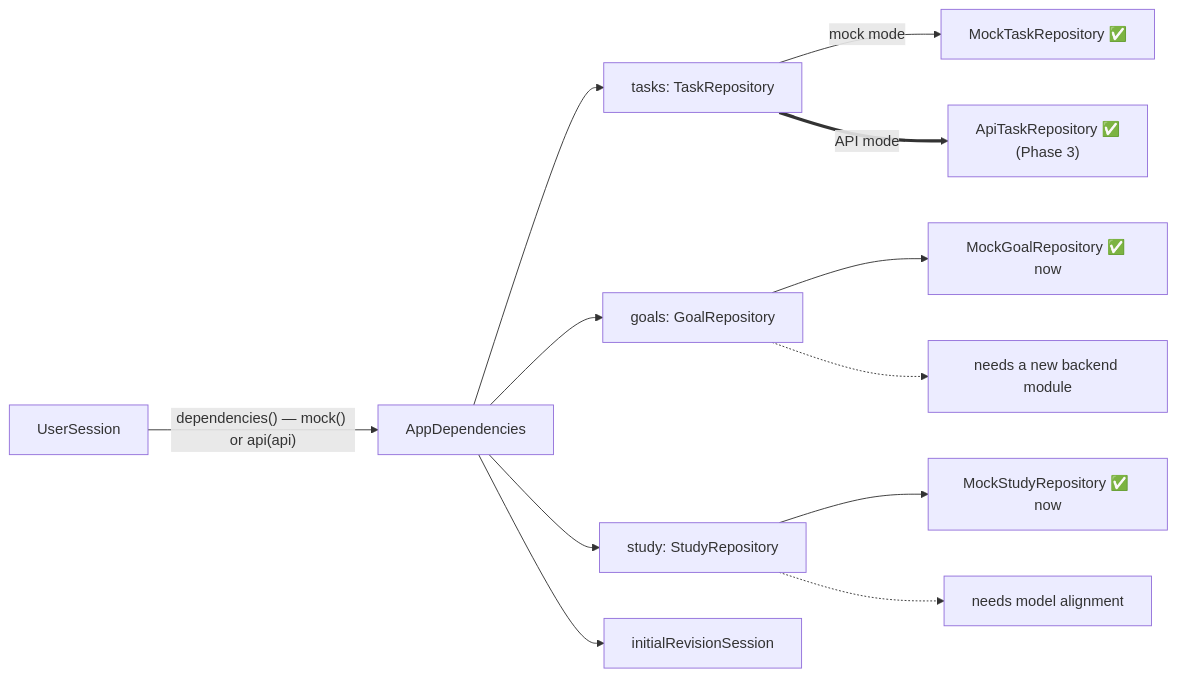
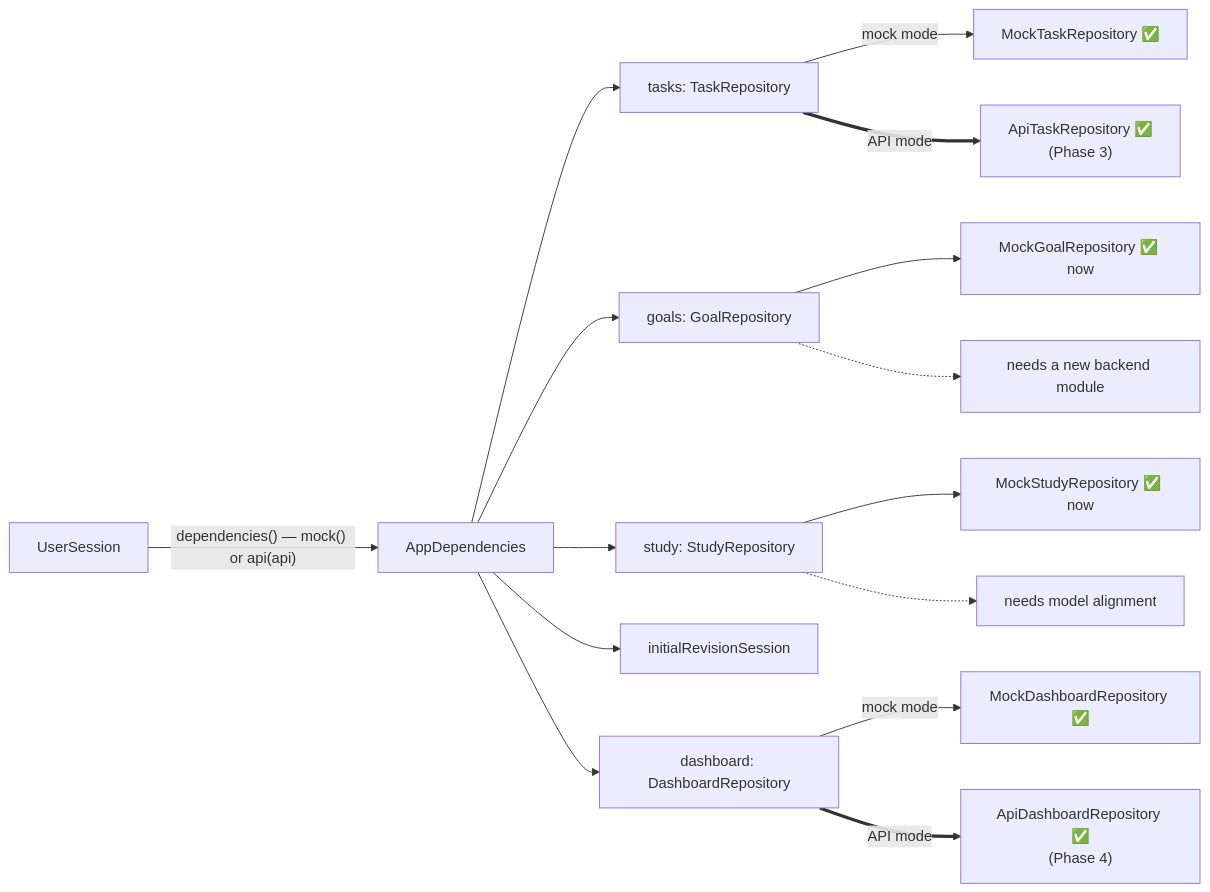
The diagram in docs/omnia-vault/Architecture/Repository Pattern.md (Gaoher-1207/omnia), drawn with Mermaid before and after one commit. The commit also changed other lines of this file and 33 other files, not shown here.

Commit message:
Integrate Dashboard with backend API

````diff
--- a/docs/omnia-vault/Architecture/Repository Pattern.md
+++ b/docs/omnia-vault/Architecture/Repository Pattern.md
@@ -33,14 +34,17 @@
 ```mermaid
 flowchart LR
     US["UserSession"] -->|"dependencies() — mock() or api(api)"| AD["AppDependencies"]
     AD --> T["tasks: TaskRepository"]
     AD --> G["goals: GoalRepository"]
     AD --> S["study: StudyRepository"]
     AD --> IR["initialRevisionSession"]
+    AD --> D["dashboard: DashboardRepository"]
+    D -->|mock mode| MD["MockDashboardRepository ✅"]
+    D ==>|API mode| ADR["ApiDashboardRepository ✅<br/>(Phase 4)"]
     T -->|mock mode| MT["MockTaskRepository ✅"]
     T ==>|API mode| AT["ApiTaskRepository ✅<br/>(Phase 3)"]
     G --> MG["MockGoalRepository ✅ now"]
     G -.-> AG["needs a new backend module"]
     S --> MS["MockStudyRepository ✅ now"]
     S -.-> ASR["needs model alignment"]
 ```
````
